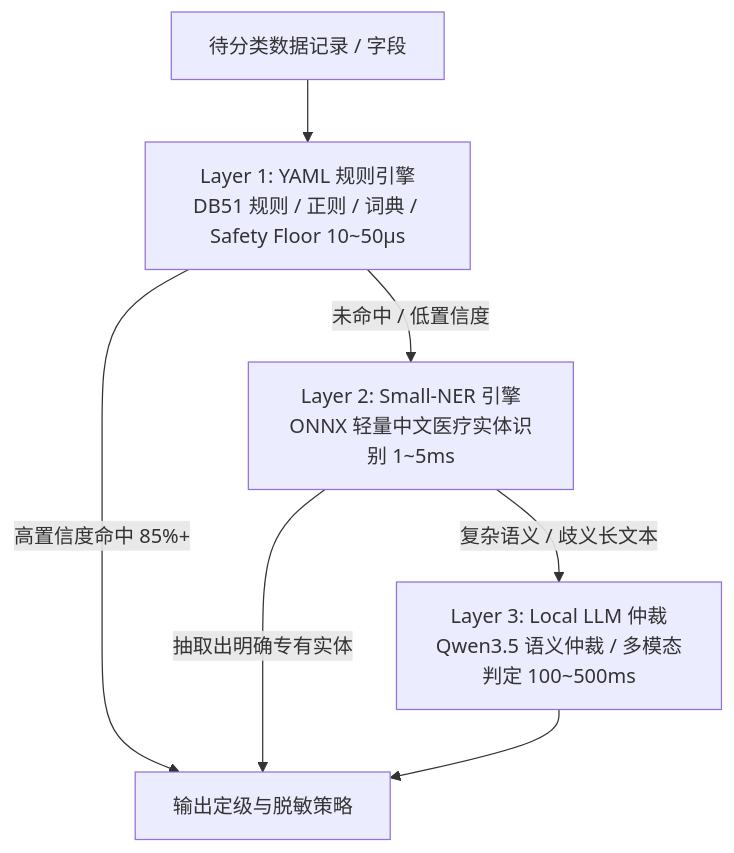
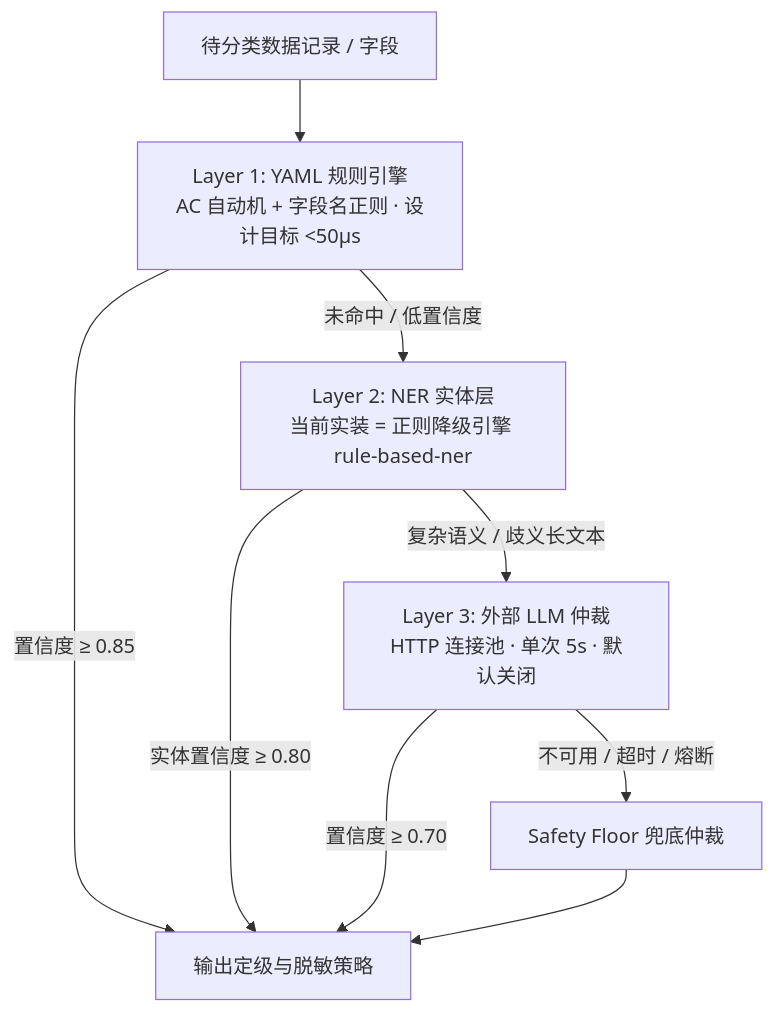
The third of 5 diagrams in docs/architecture/liuzhou_govcloud_data_security_architecture.md (fengzhizi319/PrivShield-go), drawn with Mermaid before and after one commit. The commit also changed other lines of this file and 215 other files, not shown here.

````diff
--- a/docs/architecture/liuzhou_govcloud_data_security_architecture.md
+++ b/docs/architecture/liuzhou_govcloud_data_security_architecture.md
@@ -301,9 +375,10 @@
 ```mermaid
 graph TB
-    Input[待分类数据记录 / 字段] --> L1[Layer 1: YAML 规则引擎<br/>DB51 规则 / 正则 / 词典 / Safety Floor 10~50μs]
-    L1 -->|高置信度命中 85%+| Out[输出定级与脱敏策略]
-    L1 -->|未命中 / 低置信度| L2[Layer 2: Small-NER 引擎<br/>ONNX 轻量中文医疗实体识别 1~5ms]
-    L2 -->|抽取出明确专有实体| Out
-    L2 -->|复杂语义 / 歧义长文本| L3[Layer 3: Local LLM 仲裁<br/>Qwen3.5 语义仲裁 / 多模态判定 100~500ms]
-    L3 --> Out
+    Input[待分类数据记录 / 字段] --> L1[Layer 1: YAML 规则引擎<br/>AC 自动机 + 字段名正则 · 设计目标 &lt;50μs]
+    L1 -->|置信度 ≥ 0.85| Out[输出定级与脱敏策略]
+    L1 -->|未命中 / 低置信度| L2[Layer 2: NER 实体层<br/>当前实装 = 正则降级引擎 rule-based-ner]
+    L2 -->|实体置信度 ≥ 0.80| Out
+    L2 -->|复杂语义 / 歧义长文本| L3[Layer 3: 外部 LLM 仲裁<br/>HTTP 连接池 · 单次 5s · 默认关闭]
+    L3 -->|置信度 ≥ 0.70| Out
+    L3 -->|不可用 / 超时 / 熔断| SF[Safety Floor 兜底仲裁] --> Out
 ```
````
